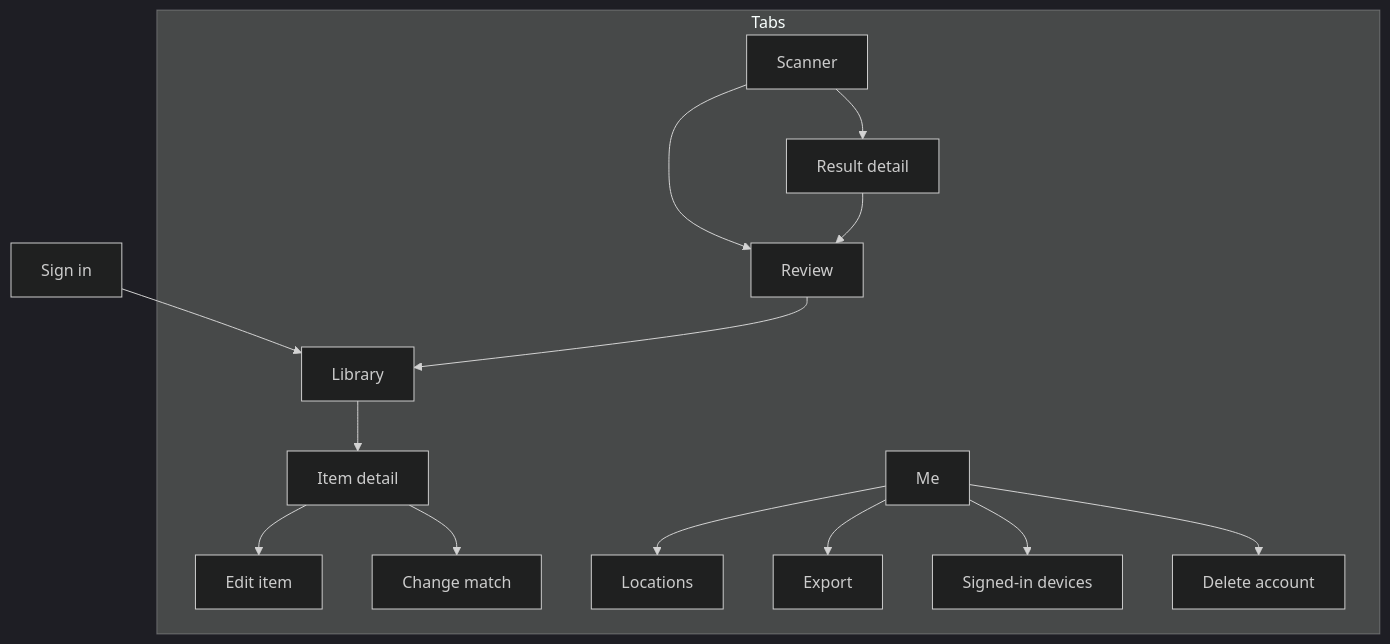
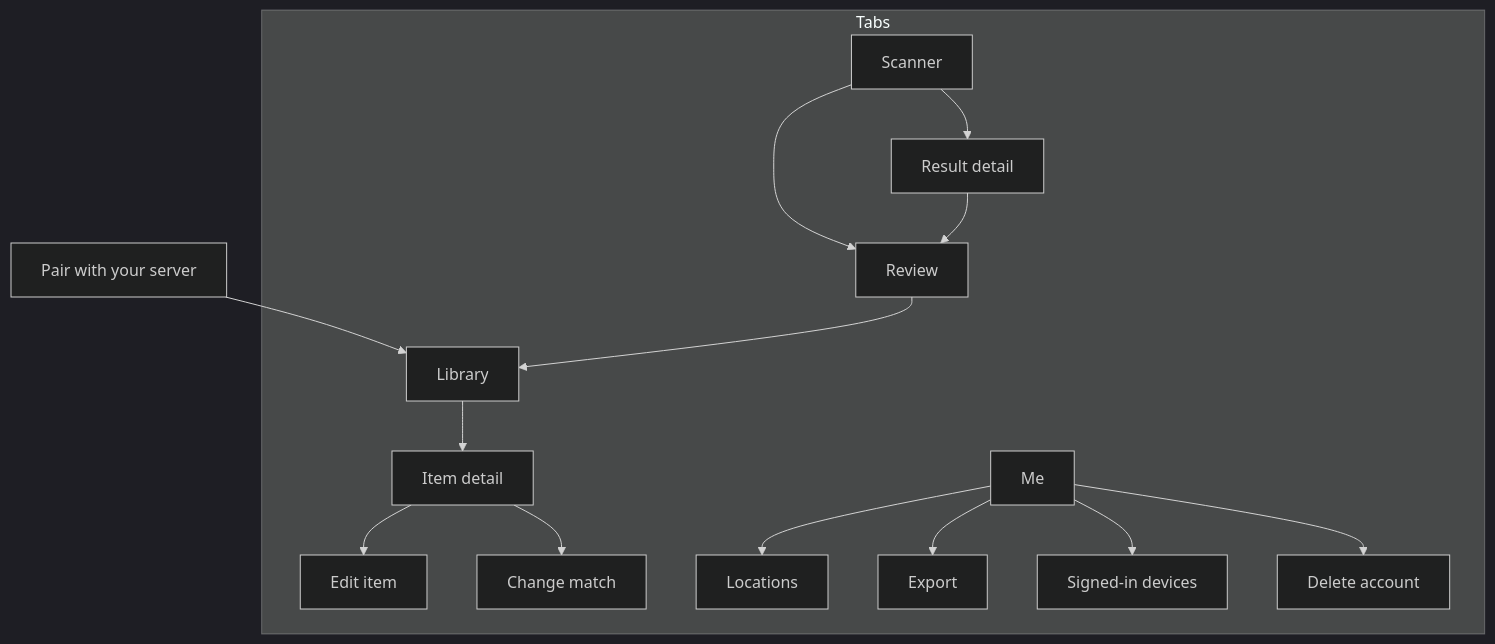
Before and after one commit to coryfinnegan/CollectionMaxxing: the diagram in docs/06-ux-and-wireframes.md, drawn with Mermaid (dark theme). The commit also changed other lines of this file and 12 other files, not shown here.

````diff
--- a/docs/06-ux-and-wireframes.md
+++ b/docs/06-ux-and-wireframes.md
@@ -39,17 +39,17 @@
 ```mermaid
 flowchart TD
-  SignIn[Sign in] --> Library
+  Pair[Pair with your server] --> Library
   subgraph Tabs
     Library --> Item[Item detail]
     Item --> Edit[Edit item]
     Item --> Rematch[Change match]
     Scan[Scanner] --> Review
     Scan --> Detail[Result detail]
     Detail --> Review
     Review --> Library
     Me --> Locations
     Me --> Export
     Me --> Devices[Signed-in devices]
     Me --> Delete[Delete account]
   end
 ```
````
